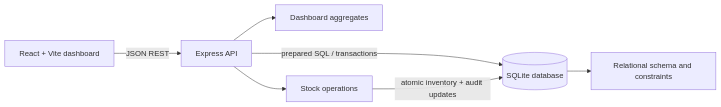
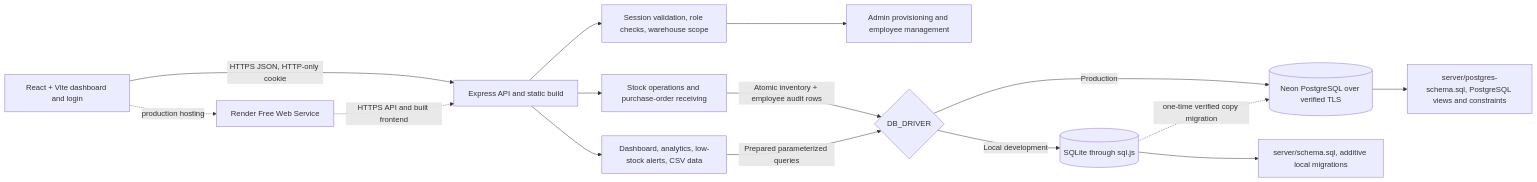
One commit to Saksha2721/smart-inventory-system changed the diagram in docs/architecture.mmd. Above: the diagram before and after it, drawn with Mermaid. The commit also changed 24 other files, not shown here.

Commit message:
feat: prepare StockFlow for PostgreSQL-backed deployment

```diff
--- a/docs/architecture.mmd
+++ b/docs/architecture.mmd
@@ -1,7 +1,15 @@
 flowchart LR
-  Browser[React + Vite dashboard] -->|JSON REST| API[Express API]
-  API -->|prepared SQL / transactions| DB[(SQLite database)]
-  DB --> Schema[Relational schema and constraints]
-  API --> Dash[Dashboard aggregates]
-  API --> Ops[Stock operations]
-  Ops -->|atomic inventory + audit updates| DB
+  Browser[React + Vite dashboard and login] -->|HTTPS JSON, HTTP-only cookie| Express[Express API and static build]
+  Express --> Auth[Session validation, role checks, warehouse scope]
+  Auth --> Provision[Admin provisioning and employee management]
+  Express --> Reports[Dashboard, analytics, low-stock alerts, CSV data]
+  Express --> Ops[Stock operations and purchase-order receiving]
+  Ops -->|Atomic inventory + employee audit rows| SelectDB{DB_DRIVER}
+  Reports -->|Prepared parameterized queries| SelectDB
+  SelectDB -->|Local development| SQLite[(SQLite through sql.js)]
+  SelectDB -->|Production| PostgreSQL[(Neon PostgreSQL over verified TLS)]
+  SQLite --> SQLiteSchema[server/schema.sql, additive local migrations]
+  PostgreSQL --> PgSchema[server/postgres-schema.sql, PostgreSQL views and constraints]
+  Browser -. production hosting .-> Render[Render Free Web Service]
+  Render -. HTTPS API and built frontend .-> Express
+  SQLite -. one-time verified copy migration .-> PostgreSQL
```
